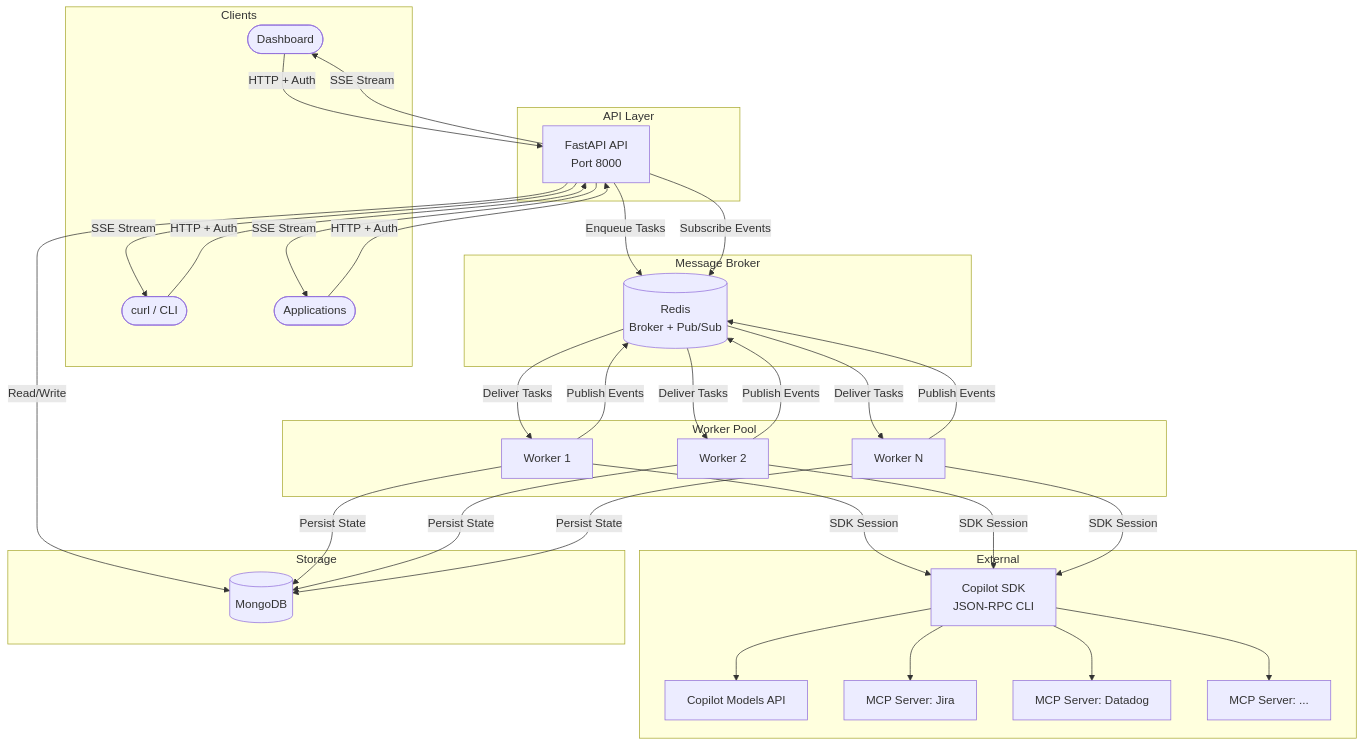
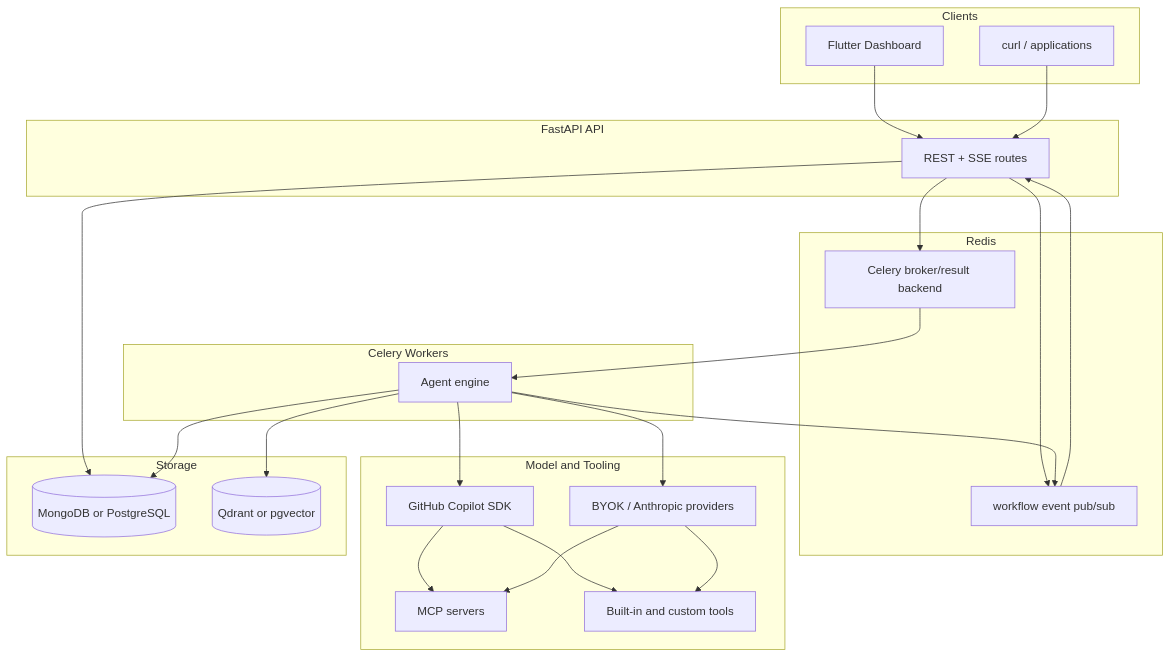
One commit to naaico-tech/tbd-agents changed the diagram in docs/architecture/system-overview.md. Above: the diagram before and after it, drawn with Mermaid. The commit also changed other lines of this file and 44 other files, not shown here.

````diff
--- a/docs/architecture/system-overview.md
+++ b/docs/architecture/system-overview.md
@@ -9,48 +5,39 @@
 ```mermaid
 graph TB
     subgraph Clients
-        Dashboard([Dashboard])
-        CLI([curl / CLI])
-        Apps([Applications])
+        Dashboard[Flutter Dashboard]
+        APIClient[curl / applications]
+    end
+    subgraph API[FastAPI API]
+        Routes[REST + SSE routes]
+    end
+    subgraph Broker[Redis]
+        Queue[Celery broker/result backend]
+        PubSub[workflow event pub/sub]
+    end
+    subgraph Workers[Celery Workers]
+        Engine[Agent engine]
+    end
+    subgraph ModelAndTools[Model and Tooling]
+        Copilot[GitHub Copilot SDK]
+        Providers[BYOK / Anthropic providers]
+        MCP[MCP servers]
+        Tools[Built-in and custom tools]
+    end
+    subgraph Storage
+        Docs[(MongoDB or PostgreSQL)]
+        Vectors[(Qdrant or pgvector)]
     end
 
-    subgraph API Layer
-        FastAPI[FastAPI API<br/>Port 8000]
-    end
-
-    subgraph Message Broker
-        Redis[(Redis<br/>Broker + Pub/Sub)]
-    end
-
-    subgraph Worker Pool
-        W1[Worker 1]
-        W2[Worker 2]
-        W3[Worker N]
-    end
-
-    subgraph External
-        SDK[Copilot SDK<br/>JSON-RPC CLI]
-        Models[Copilot Models API]
-        MCP1[MCP Server: Jira]
-        MCP2[MCP Server: Datadog]
-        MCPN[MCP Server: ...]
-    end
-
-    subgraph Storage
-        Mongo[(MongoDB)]
-    end
-
-    Dashboard & CLI & Apps -->|HTTP + Auth| FastAPI
-    FastAPI -->|Enqueue Tasks| Redis
-    FastAPI -->|Subscribe Events| Redis
-    FastAPI -->|SSE Stream| Dashboard & CLI & Apps
-    FastAPI -->|Read/Write| Mongo
-
-    Redis -->|Deliver Tasks| W1 & W2 & W3
-    W1 & W2 & W3 -->|Publish Events| Redis
-    W1 & W2 & W3 -->|Persist State| Mongo
-    W1 & W2 & W3 -->|SDK Session| SDK
-
-    SDK --> Models
-    SDK --> MCP1 & MCP2 & MCPN
+    Dashboard & APIClient --> Routes
+    Routes --> Queue
+    Routes --> PubSub
+    PubSub --> Routes
+    Routes --> Docs
+    Queue --> Engine
+    Engine --> Docs
+    Engine --> Vectors
+    Engine --> Copilot & Providers
+    Copilot & Providers --> MCP & Tools
+    Engine --> PubSub
 ```
````
